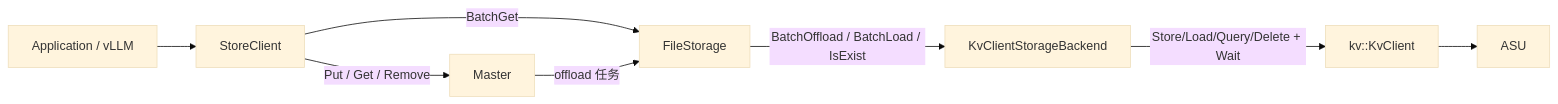
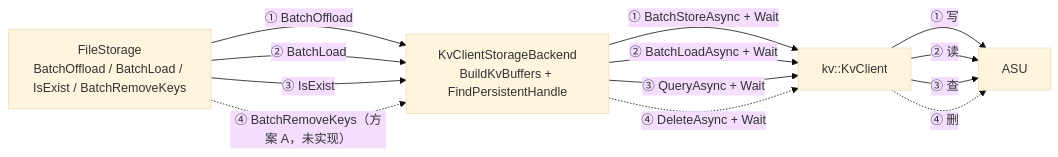
One commit to zwj20000328-dotcom/Mooncake-documents changed the first of 10 diagrams in kv-client-storage-backend-review.md. Above: the diagram before and after it, drawn with Mermaid (base theme). The commit also changed other lines of this file and 1 other file, not shown here.

Commit message:
modified:   kv-client-storage-backend-review.md

````diff
--- a/kv-client-storage-backend-review.md
+++ b/kv-client-storage-backend-review.md
@@ -45,10 +7,23 @@
 ```mermaid
 flowchart LR
-    APP["Application / vLLM"] --> STORE["StoreClient"]
-    STORE -->|"Put / Get / Remove"| MASTER["Master"]
-    STORE -->|"BatchGet"| FS["FileStorage"]
-    MASTER -->|"offload 任务"| FS
-    FS -->|"BatchOffload / BatchLoad / IsExist"| BE["KvClientStorageBackend"]
-    BE -->|"Store/Load/Query/Delete + Wait"| KC["kv::KvClient"]
-    KC --> ASU["ASU"]
+    FS["FileStorage<br/>BatchOffload / BatchLoad / IsExist / BatchRemoveKeys"]
+    BE["KvClientStorageBackend<br/>BuildKvBuffers + FindPersistentHandle"]
+    KC["kv::KvClient"]
+    ASU["ASU"]
+
+    FS -->|"① BatchOffload"| BE
+    BE -->|"① BatchStoreAsync + Wait"| KC
+    KC -->|"① 写"| ASU
+
+    FS -->|"② BatchLoad"| BE
+    BE -->|"② BatchLoadAsync + Wait"| KC
+    KC -->|"② 读"| ASU
+
+    FS -->|"③ IsExist"| BE
+    BE -->|"③ QueryAsync + Wait"| KC
+    KC -->|"③ 查"| ASU
+
+    FS -.->|"④ BatchRemoveKeys（方案 A，未实现）"| BE
+    BE -.->|"④ DeleteAsync + Wait"| KC
+    KC -.->|"④ 删"| ASU
 ```
````
